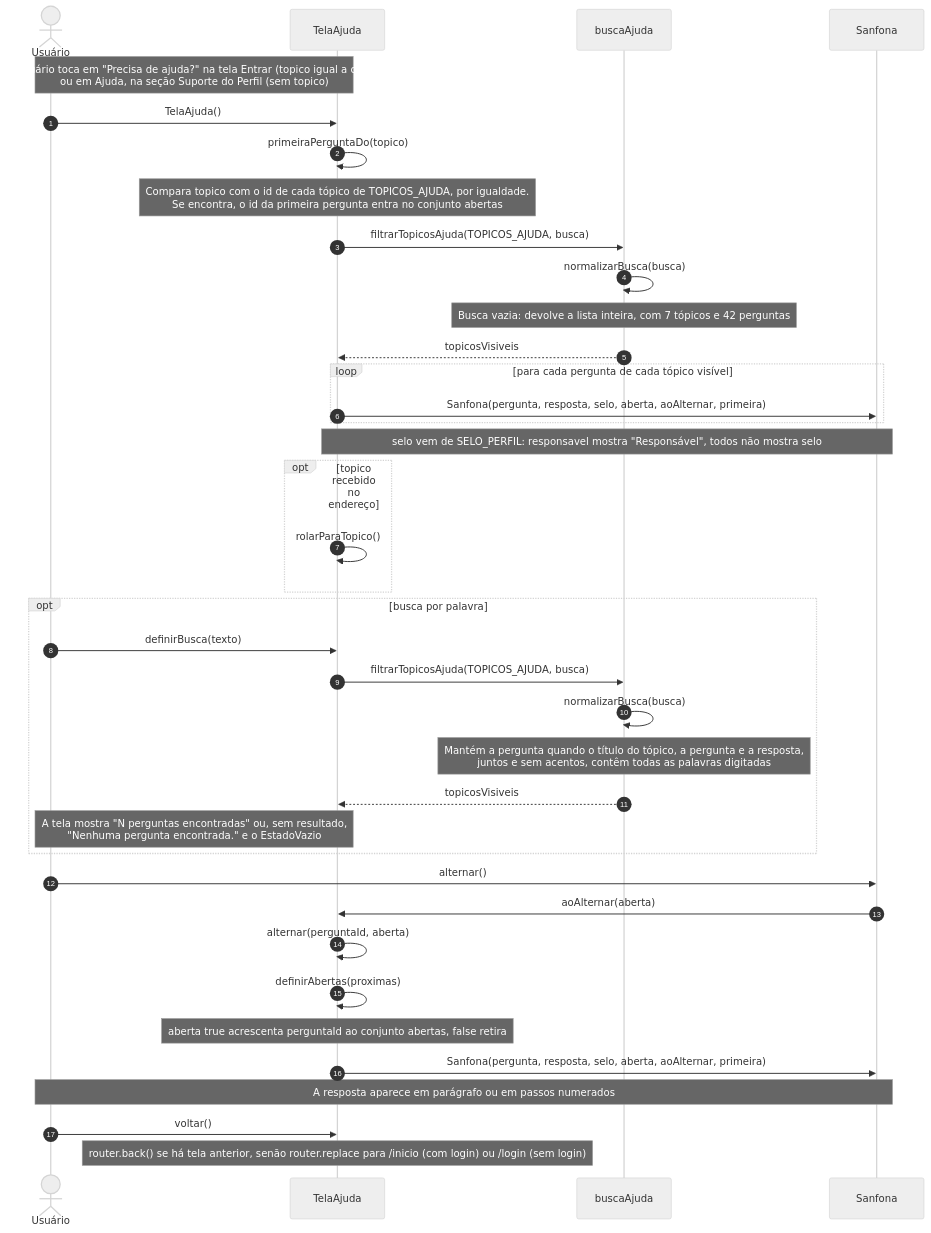
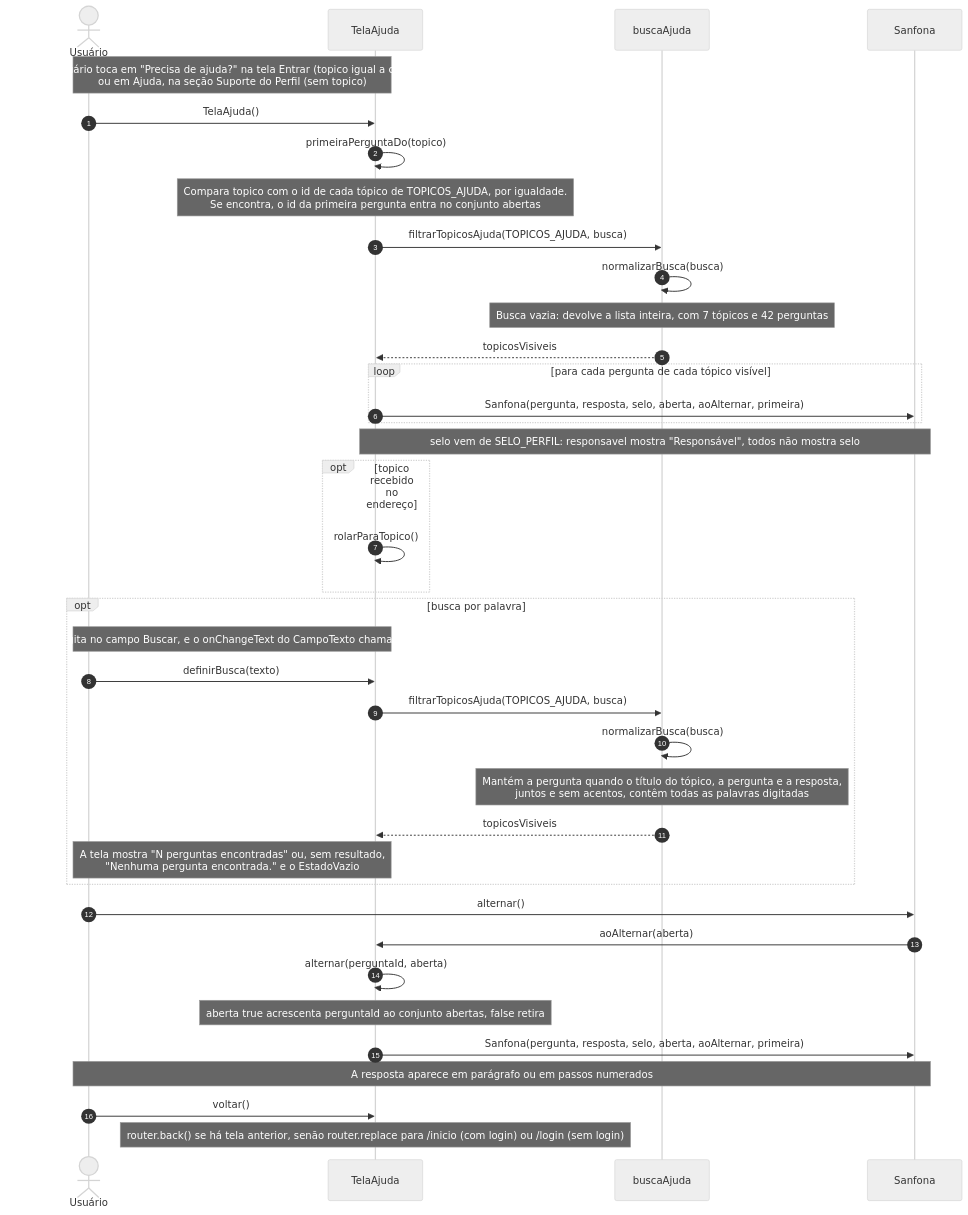
The first of 2 diagrams in 4 - Incremento3/manual-de-utilizacao/6 - diagramas-sequencia-manual-de-utilizacao.md (Conecta-IFSP/DOCUMENTATION), drawn with Mermaid (neutral theme) before and after one commit. The commit also changed other lines of this file and 10 other files, not shown here.

````diff
--- a/4 - Incremento3/manual-de-utilizacao/6 - diagramas-sequencia-manual-de-utilizacao.md
+++ b/4 - Incremento3/manual-de-utilizacao/6 - diagramas-sequencia-manual-de-utilizacao.md
@@ -21,40 +21,40 @@
 ```mermaid
 sequenceDiagram
     autonumber
     actor U as Usuário
     participant T as TelaAjuda
     participant B as buscaAjuda
     participant S as Sanfona
     Note over U,T: O usuário toca em "Precisa de ajuda?" na tela Entrar (topico igual a conta)<br/>ou em Ajuda, na seção Suporte do Perfil (sem topico)
     U->>T: TelaAjuda()
     T->>T: primeiraPerguntaDo(topico)
     Note over T: Compara topico com o id de cada tópico de TOPICOS_AJUDA, por igualdade.<br/>Se encontra, o id da primeira pergunta entra no conjunto abertas
     T->>B: filtrarTopicosAjuda(TOPICOS_AJUDA, busca)
     B->>B: normalizarBusca(busca)
     Note over B: Busca vazia: devolve a lista inteira, com 7 tópicos e 42 perguntas
     B-->>T: topicosVisiveis
     loop para cada pergunta de cada tópico visível
         T->>S: Sanfona(pergunta, resposta, selo, aberta, aoAlternar, primeira)
     end
     Note over T,S: selo vem de SELO_PERFIL: responsavel mostra "Responsável", todos não mostra selo
     opt topico recebido no endereço
         T->>T: rolarParaTopico()
     end
     opt busca por palavra
+        Note over U,T: O usuário digita no campo Buscar, e o onChangeText do CampoTexto chama definirBusca
         U->>T: definirBusca(texto)
         T->>B: filtrarTopicosAjuda(TOPICOS_AJUDA, busca)
         B->>B: normalizarBusca(busca)
         Note over B: Mantém a pergunta quando o título do tópico, a pergunta e a resposta,<br/>juntos e sem acentos, contêm todas as palavras digitadas
         B-->>T: topicosVisiveis
         Note over U,T: A tela mostra "N perguntas encontradas" ou, sem resultado,<br/>"Nenhuma pergunta encontrada." e o EstadoVazio
     end
     U->>S: alternar()
     S->>T: aoAlternar(aberta)
     T->>T: alternar(perguntaId, aberta)
-    T->>T: definirAbertas(proximas)
     Note over T: aberta true acrescenta perguntaId ao conjunto abertas, false retira
     T->>S: Sanfona(pergunta, resposta, selo, aberta, aoAlternar, primeira)
     Note over U,S: A resposta aparece em parágrafo ou em passos numerados
     U->>T: voltar()
     Note over T: router.back() se há tela anterior, senão router.replace para /inicio (com login) ou /login (sem login)
 ```
````
